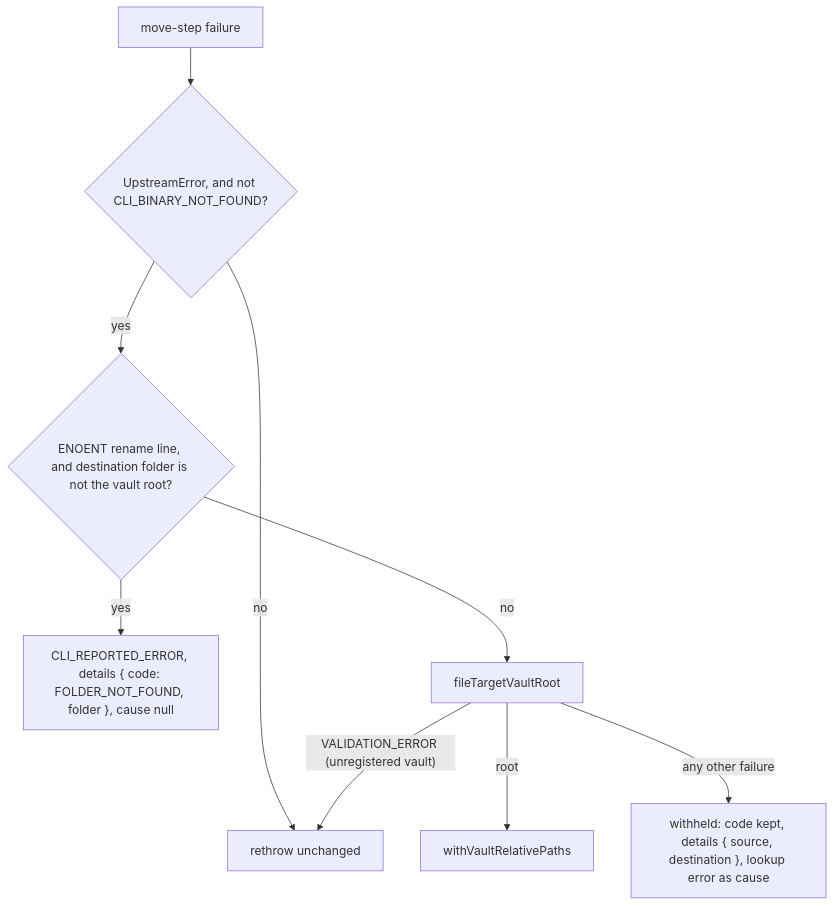
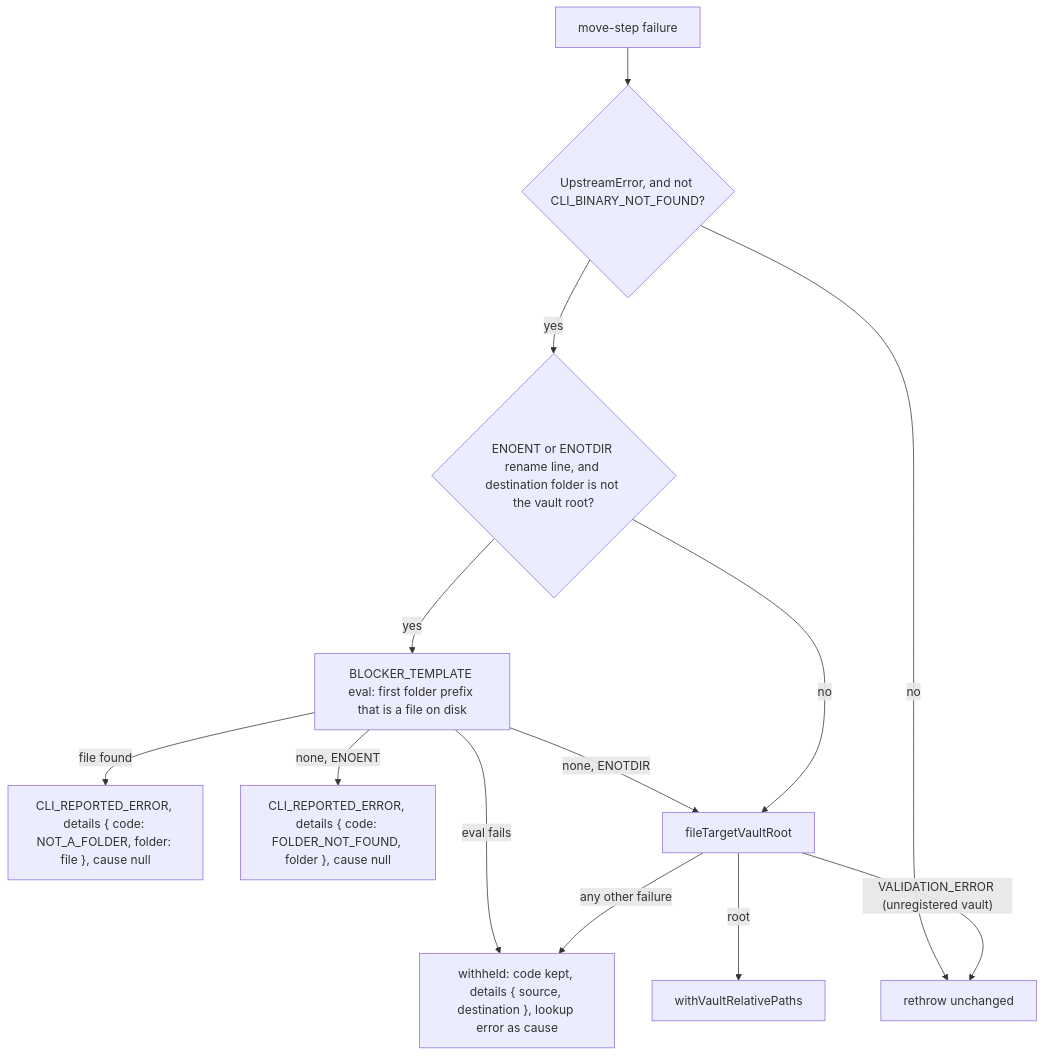
Before and after one commit to marwansaab/obsidian-cli-mcp: the ninth of 10 diagrams in .docs-as-code/capabilities/mutate.md, drawn with Mermaid. The commit also changed other lines of this file and 4 other files, not shown here.

````diff
--- a/.docs-as-code/capabilities/mutate.md
+++ b/.docs-as-code/capabilities/mutate.md
@@ -801,11 +803,15 @@
 ```mermaid
 flowchart TD
   e[move-step failure] --> b{UpstreamError, and not CLI_BINARY_NOT_FOUND?}
   b -- no --> pass[rethrow unchanged]
-  b -- yes --> m{"ENOENT rename line, and destination folder is not the vault root?"}
-  m -- yes --> f["CLI_REPORTED_ERROR, details { code: FOLDER_NOT_FOUND, folder }, cause null"]
+  b -- yes --> m{"ENOENT or ENOTDIR rename line, and destination folder is not the vault root?"}
+  m -- yes --> k["BLOCKER_TEMPLATE eval: first folder prefix that is a file on disk"]
+  k -- file found --> n["CLI_REPORTED_ERROR, details { code: NOT_A_FOLDER, folder: file }, cause null"]
+  k -- "none, ENOENT" --> f["CLI_REPORTED_ERROR, details { code: FOLDER_NOT_FOUND, folder }, cause null"]
+  k -- "none, ENOTDIR" --> l
+  k -- eval fails --> w
   m -- no --> l[fileTargetVaultRoot]
   l -- root --> r[withVaultRelativePaths]
   l -- "VALIDATION_ERROR (unregistered vault)" --> pass
   l -- any other failure --> w["withheld: code kept, details { source, destination }, lookup error as cause"]
 ```
````
